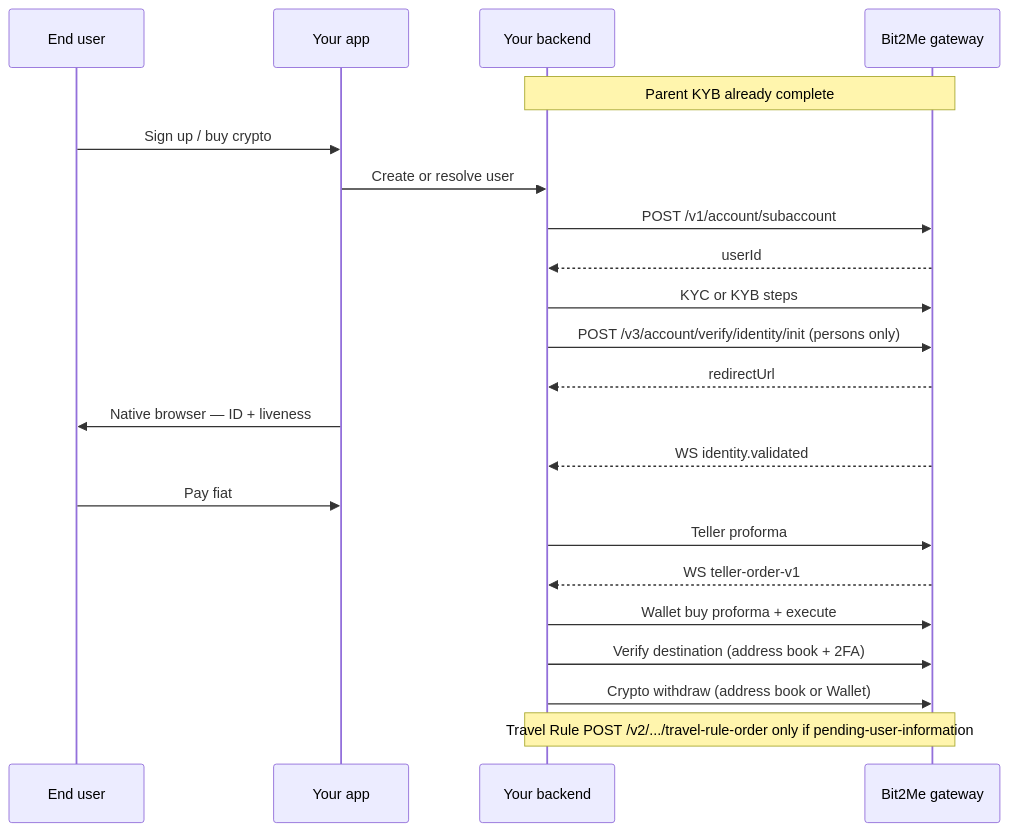
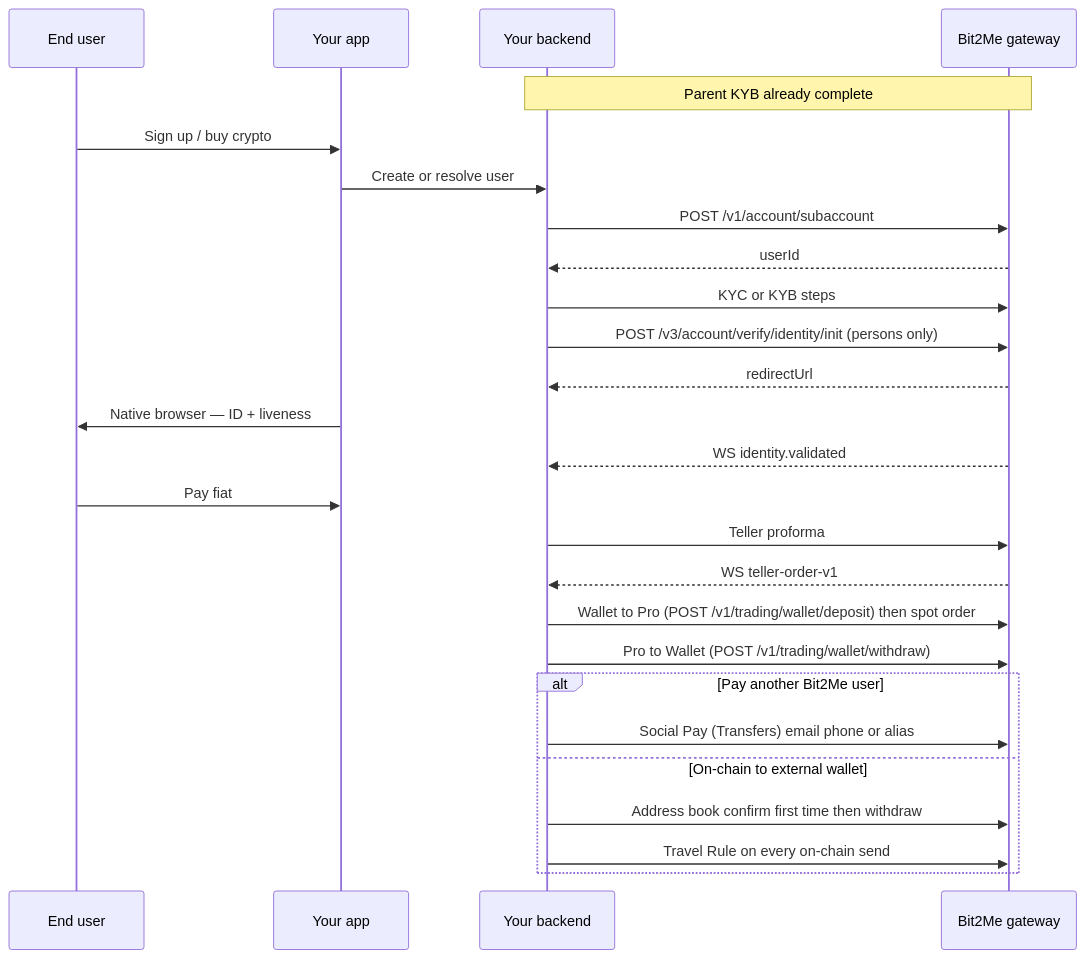
Before and after one commit to api-commits/docs: the diagram in partner/architecture.mdx, drawn with Mermaid. The commit also changed other lines of this file and 18 other files, not shown here.

````diff
--- a/partner/architecture.mdx
+++ b/partner/architecture.mdx
@@ -10,24 +10,28 @@
 ```mermaid
 sequenceDiagram
   participant U as End user
   participant A as Your app
   participant B as Your backend
   participant G as Bit2Me gateway
   Note over B,G: Parent KYB already complete
   U->>A: Sign up / buy crypto
   A->>B: Create or resolve user
   B->>G: POST /v1/account/subaccount
   G-->>B: userId
   B->>G: KYC or KYB steps
   B->>G: POST /v3/account/verify/identity/init (persons only)
   G-->>B: redirectUrl
   A->>U: Native browser — ID + liveness
   G-->>B: WS identity.validated
   U->>A: Pay fiat
   B->>G: Teller proforma
   G-->>B: WS teller-order-v1
-  B->>G: Wallet buy proforma + execute
-  B->>G: Verify destination (address book + 2FA)
-  B->>G: Crypto withdraw (address book or Wallet)
-  Note over B,G: Travel Rule POST /v2/.../travel-rule-order only if pending-user-information
+  B->>G: Wallet to Pro (POST /v1/trading/wallet/deposit) then spot order
+  B->>G: Pro to Wallet (POST /v1/trading/wallet/withdraw)
+  alt Pay another Bit2Me user
+    B->>G: Social Pay (Transfers) email phone or alias
+  else On-chain to external wallet
+    B->>G: Address book confirm first time then withdraw
+    B->>G: Travel Rule on every on-chain send
+  end
 ```
````
